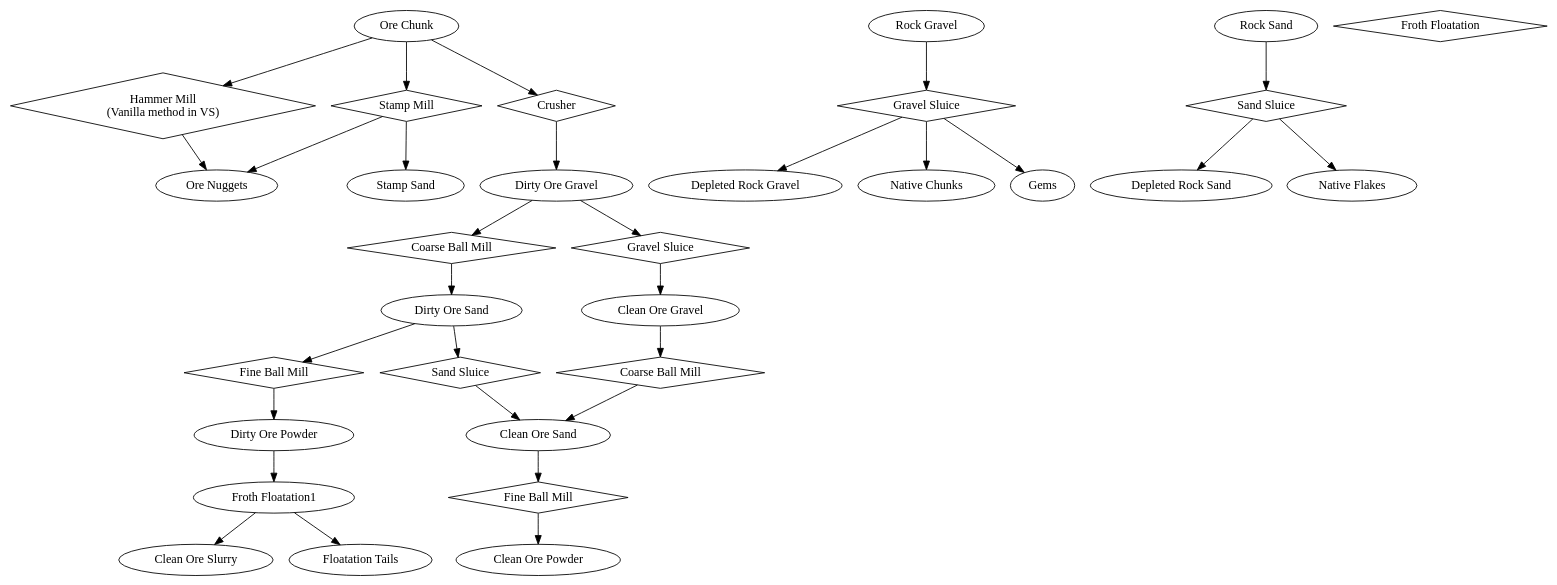
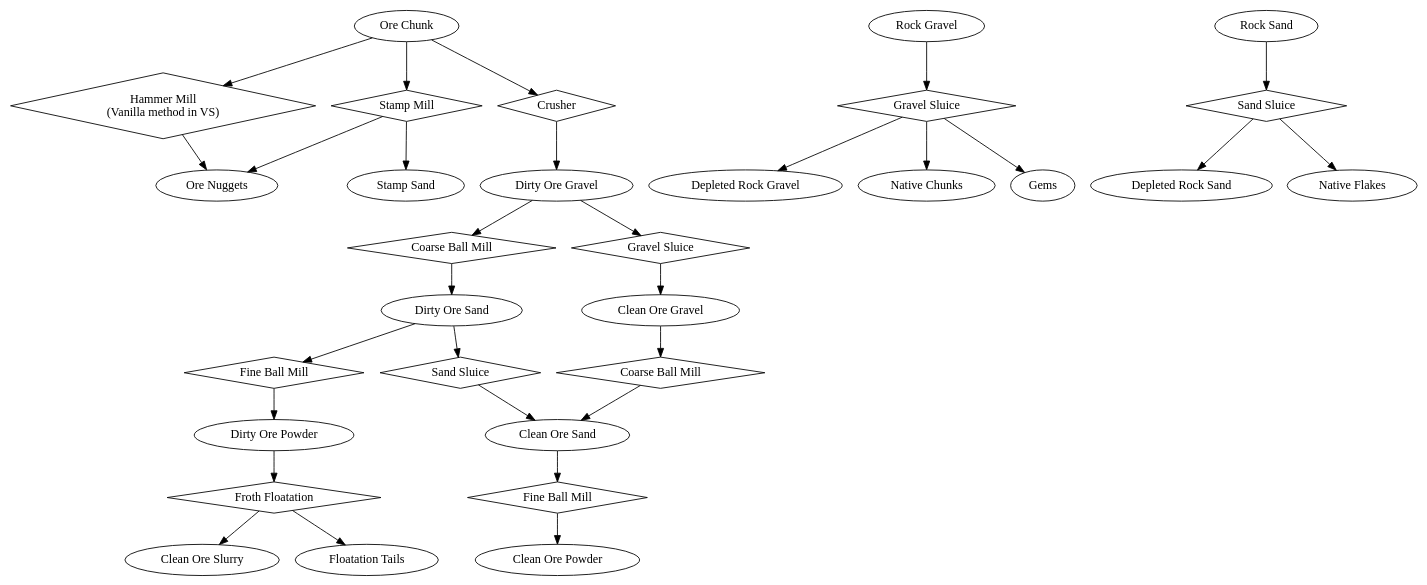
One commit to age-series/ElectricalAge2 changed the diagram in design/OreDressing.dot. Above: the diagram before and after it, drawn with Graphviz.

```diff
--- a/design/OreDressing.dot
+++ b/design/OreDressing.dot
@@ -1,35 +1,35 @@
 digraph dressing {
 
 	// Machines and Methods
 	"Hammer Mill\n(Vanilla method in VS)1" [shape=diamond,label="Hammer Mill\n(Vanilla method in VS)"]
 	"Stamp Mill1" [shape=diamond,label="Stamp Mill"]
 	"Crusher1" [shape=diamond,label="Crusher"]
 	"Coarse Ball Mill1" [shape=diamond,label="Coarse Ball Mill"]
 	"Coarse Ball Mill2" [shape=diamond,label="Coarse Ball Mill"]
 	"Fine Ball Mill1" [shape=diamond,label="Fine Ball Mill"]
 	"Fine Ball Mill2" [shape=diamond,label="Fine Ball Mill"]
 	"Gravel Sluice1" [shape=diamond,label="Gravel Sluice"]
 	"Gravel Sluice2" [shape=diamond,label="Gravel Sluice"]
 	"Sand Sluice1" [shape=diamond,label="Sand Sluice"]
 	"Sand Sluice2" [shape=diamond,label="Sand Sluice"]
-	"Froth Floation1" [shape=diamond,label="Froth Floatation"]
+	"Froth Floatation1" [shape=diamond,label="Froth Floatation"]
 
 	// Processes
 	"Ore Chunk" -> "Hammer Mill\n(Vanilla method in VS)1" -> "Ore Nuggets"
 	"Ore Chunk" -> "Stamp Mill1" -> "Ore Nuggets"
 	"Stamp Mill1" -> "Stamp Sand"
 	"Ore Chunk" -> "Crusher1" -> "Dirty Ore Gravel"
 	"Ore Chunk" "Dirty Ore Gravel" -> "Coarse Ball Mill1" -> "Dirty Ore Sand"
 	"Dirty Ore Gravel" "Dirty Ore Sand" -> "Fine Ball Mill1" -> "Dirty Ore Powder"
 	"Dirty Ore Gravel" -> "Gravel Sluice1" -> "Clean Ore Gravel"
 	"Rock Gravel" -> "Gravel Sluice2" -> "Depleted Rock Gravel"
 	"Gravel Sluice2" -> "Native Chunks"
 	"Gravel Sluice2" -> "Gems"
 	"Dirty Ore Sand" -> "Sand Sluice1" -> "Clean Ore Sand"
 	"Rock Sand" -> "Sand Sluice2" -> "Depleted Rock Sand"
 	"Sand Sluice2" -> "Native Flakes"
 	"Clean Ore Gravel" -> "Coarse Ball Mill2" -> "Clean Ore Sand"
 	"Clean Ore Sand" -> "Fine Ball Mill2" -> "Clean Ore Powder"
 	"Dirty Ore Powder" -> "Froth Floatation1" -> "Clean Ore Slurry"
 	"Froth Floatation1" -> "Floatation Tails"
 }
```
